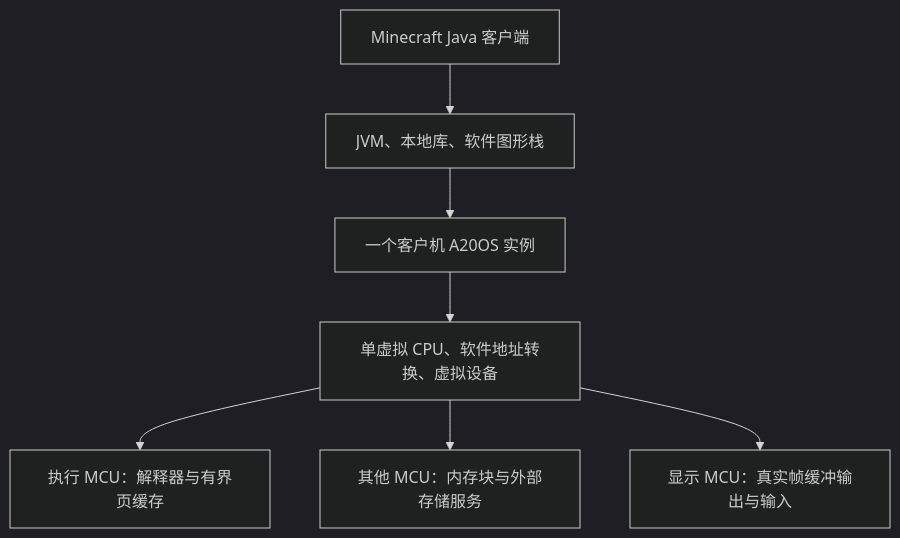
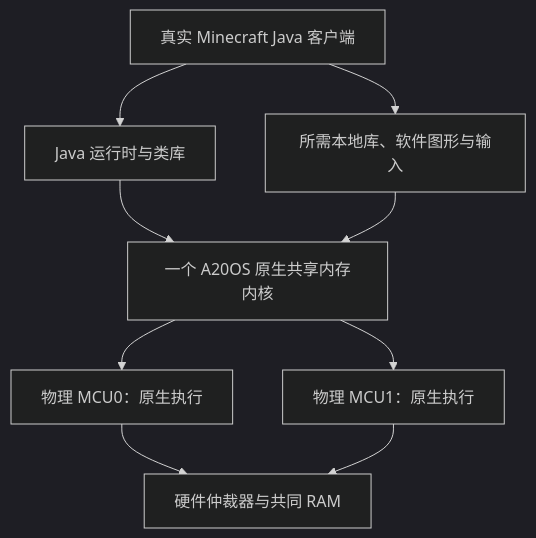
Before and after one commit to fQwQf/A20OS: the diagram in docs/cluster/24-single-system-minecraft.md, drawn with Mermaid (dark theme). The commit also changed other lines of this file and 35 other files, not shown here.

````diff
--- a/docs/cluster/24-single-system-minecraft.md
+++ b/docs/cluster/24-single-system-minecraft.md
@@ -38,9 +26,11 @@
 ```mermaid
 flowchart TB
-    MC[Minecraft Java 客户端] --> RT[JVM、本地库、软件图形栈]
-    RT --> OS[一个客户机 A20OS 实例]
-    OS --> VM[单虚拟 CPU、软件地址转换、虚拟设备]
-    VM --> EX[执行 MCU：解释器与有界页缓存]
-    VM --> MEM[其他 MCU：内存块与外部存储服务]
-    VM --> DISP[显示 MCU：真实帧缓冲输出与输入]
+    G[真实 Minecraft Java 客户端] --> J[Java 运行时与类库]
+    G --> L[所需本地库、软件图形与输入]
+    J --> K[一个 A20OS 原生共享内存内核]
+    L --> K
+    K --> C0[物理 MCU0：原生执行]
+    K --> C1[物理 MCU1：原生执行]
+    C0 --> R[硬件仲裁器与共同 RAM]
+    C1 --> R
 ```
````
